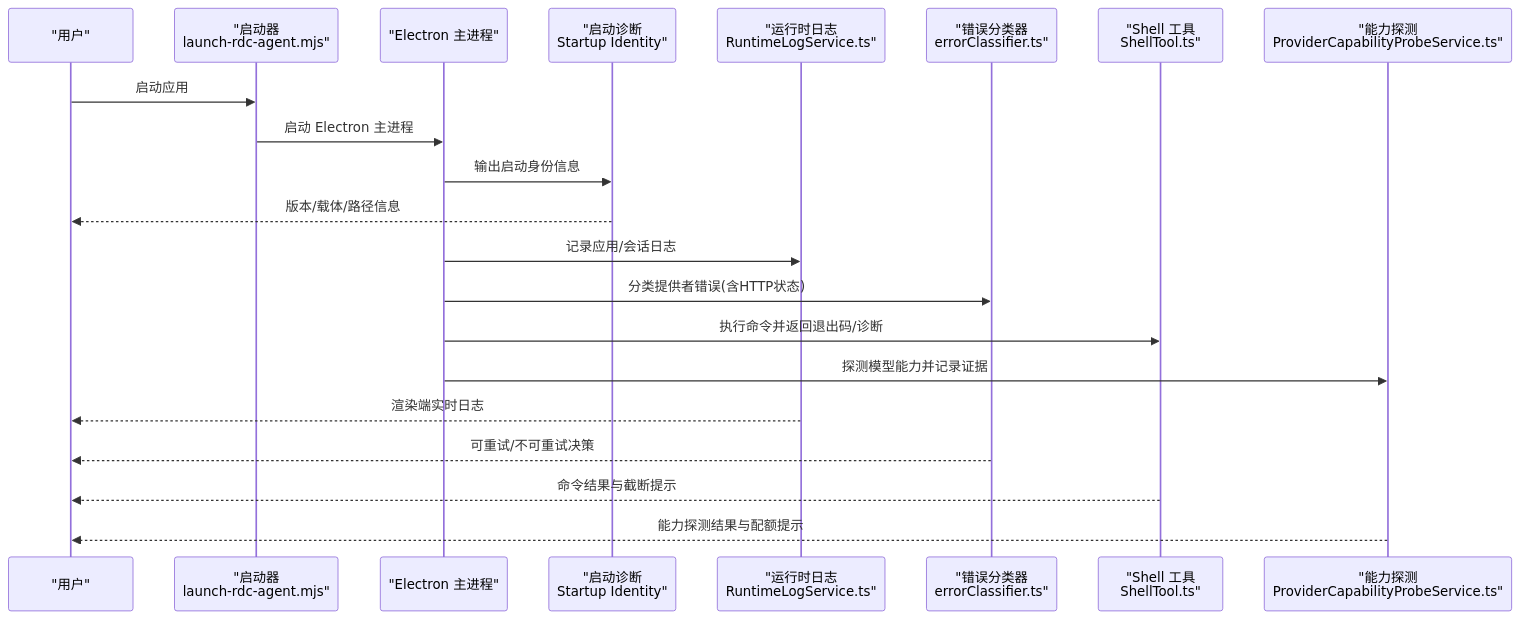
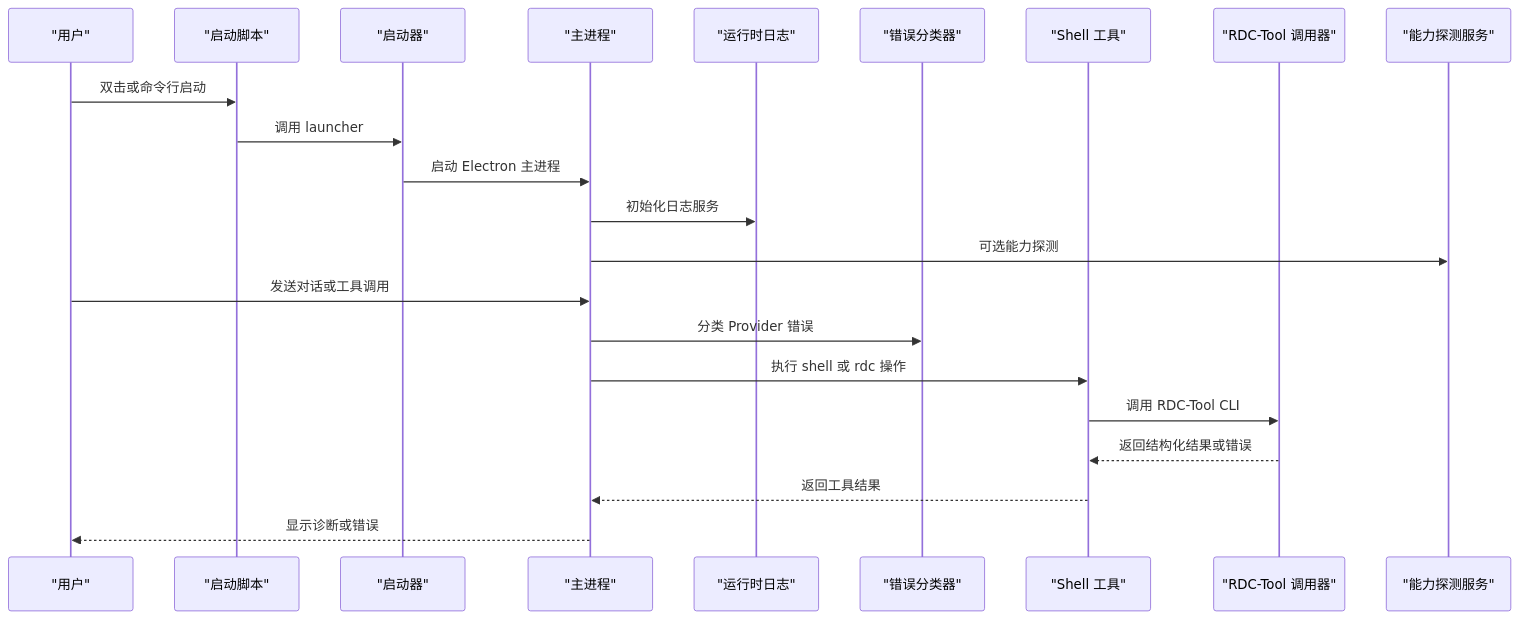
One commit to haolange/RDC-Agent changed the second of 6 diagrams in .qoder/repowiki/zh/content/故障排除.md. Above: the diagram before and after it, drawn with Mermaid. The commit also changed other lines of this file and 356 other files, not shown here.

````diff
--- a/.qoder/repowiki/zh/content/故障排除.md
+++ b/.qoder/repowiki/zh/content/故障排除.md
@@ -116,23 +112,25 @@
 ```mermaid
 sequenceDiagram
-participant U as "用户"
-participant L as "启动器<br/>launch-rdc-agent.mjs"
-participant M as "Electron 主进程"
-participant SD as "启动诊断<br/>Startup Identity"
-participant RL as "运行时日志<br/>RuntimeLogService.ts"
-participant EC as "错误分类器<br/>errorClassifier.ts"
-participant ST as "Shell 工具<br/>ShellTool.ts"
-participant PC as "能力探测<br/>ProviderCapabilityProbeService.ts"
-U->>L : 启动应用
-L->>M : 启动 Electron 主进程
-M->>SD : 输出启动身份信息
-SD-->>U : 版本/载体/路径信息
-M->>RL : 记录应用/会话日志
-M->>EC : 分类提供者错误(含HTTP状态)
-M->>ST : 执行命令并返回退出码/诊断
-M->>PC : 探测模型能力并记录证据
-RL-->>U : 渲染端实时日志
-EC-->>U : 可重试/不可重试决策
-ST-->>U : 命令结果与截断提示
-PC-->>U : 能力探测结果与配额提示
+  participant U as "用户"
+  participant S as "启动脚本"
+  participant L as "启动器"
+  participant M as "主进程"
+  participant R as "运行时日志"
+  participant E as "错误分类器"
+  participant T as "Shell 工具"
+  participant C as "RDC-Tool 调用器"
+  participant P as "能力探测服务"
+
+  U->>S: 双击或命令行启动
+  S->>L: 调用 launcher
+  L->>M: 启动 Electron 主进程
+  M->>R: 初始化日志服务
+  M->>P: 可选能力探测
+  U->>M: 发送对话或工具调用
+  M->>E: 分类 Provider 错误
+  M->>T: 执行 shell 或 rdc 操作
+  T->>C: 调用 RDC-Tool CLI
+  C-->>T: 返回结构化结果或错误
+  T-->>M: 返回工具结果
+  M-->>U: 显示诊断或错误
 ```
````
